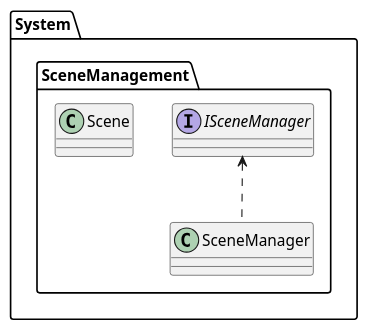
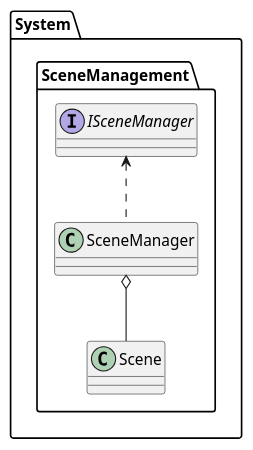
Before and after one commit to Ulma-S/UlmaGame: the third of 8 diagrams in Specification/specification.md, drawn with PlantUML. The commit also changed other lines of this file and 6 other files, not shown here.

````diff
--- a/Specification/specification.md
+++ b/Specification/specification.md
@@ -45,10 +64,11 @@
 ```plantuml
 namespace System{
     namespace SceneManagement{
         interface ISceneManager{}
         class SceneManager{}
         class Scene{}
         ISceneManager <.. SceneManager
+        SceneManager o-- Scene
     }
 }
 ```
````
